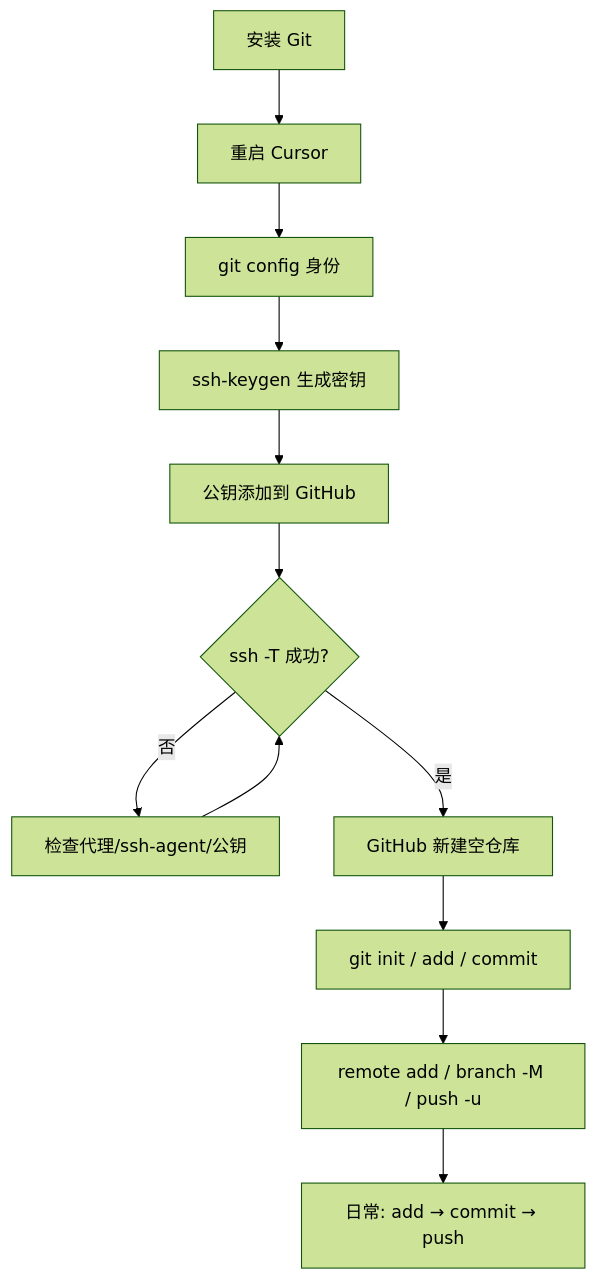
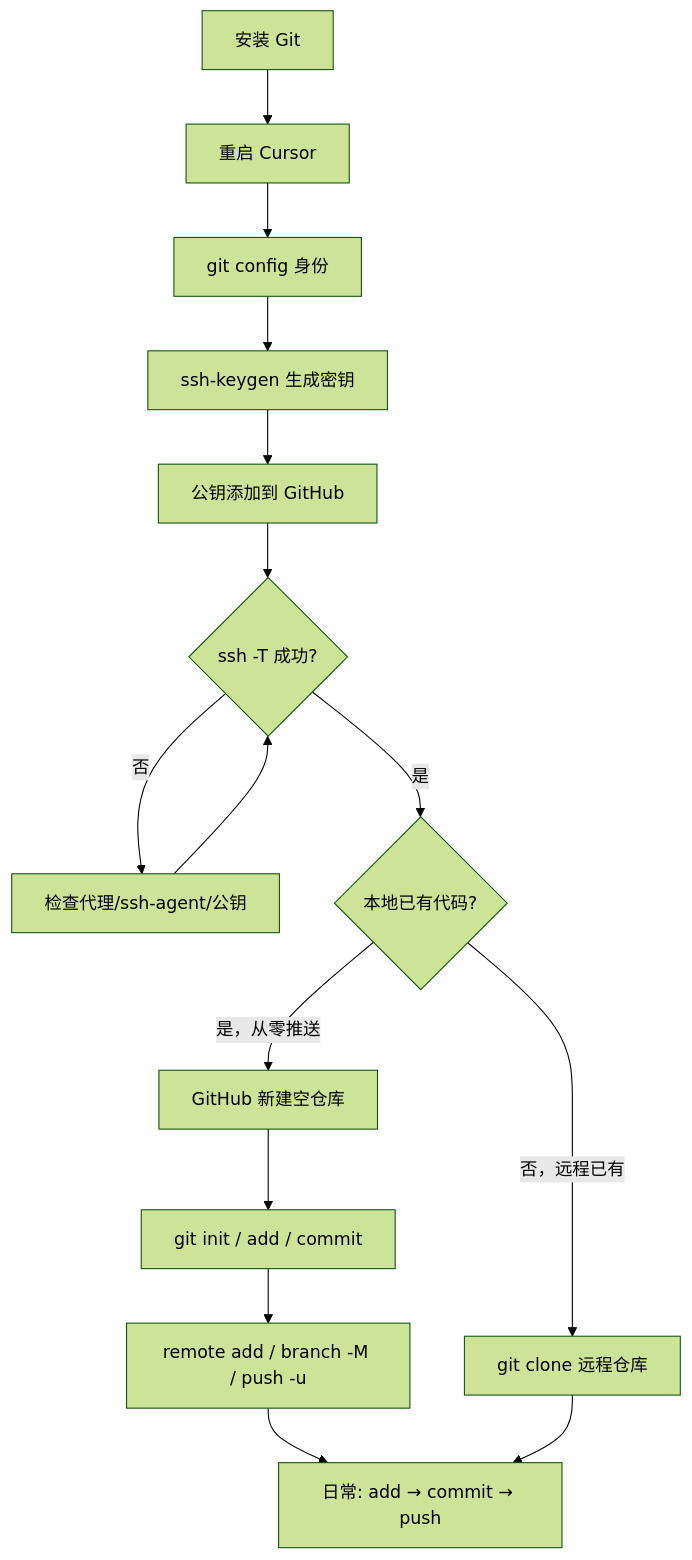
Before and after one commit to erff-miffy/test_cursor: the diagram in Cursor-GitHub-Setup.md, drawn with Mermaid (forest theme). The commit also changed other lines of this file, not shown here.

Commit message:
add git clone

````diff
--- a/Cursor-GitHub-Setup.md
+++ b/Cursor-GitHub-Setup.md
@@ -296,14 +393,17 @@
 ```mermaid
 flowchart TD
     A[安装 Git] --> B[重启 Cursor]
     B --> C[git config 身份]
     C --> D[ssh-keygen 生成密钥]
     D --> E[公钥添加到 GitHub]
     E --> F{ssh -T 成功?}
     F -->|否| G[检查代理/ssh-agent/公钥]
     G --> F
-    F -->|是| H[GitHub 新建空仓库]
-    H --> I[git init / add / commit]
-    I --> J[remote add / branch -M / push -u]
-    J --> K[日常: add → commit → push]
+    F -->|是| H{本地已有代码?}
+    H -->|是，从零推送| I[GitHub 新建空仓库]
+    I --> J[git init / add / commit]
+    J --> K[remote add / branch -M / push -u]
+    H -->|否，远程已有| L[git clone 远程仓库]
+    K --> M[日常: add → commit → push]
+    L --> M
 ```
````
